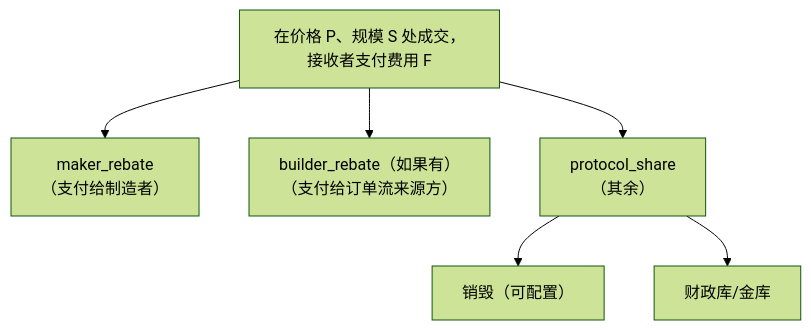
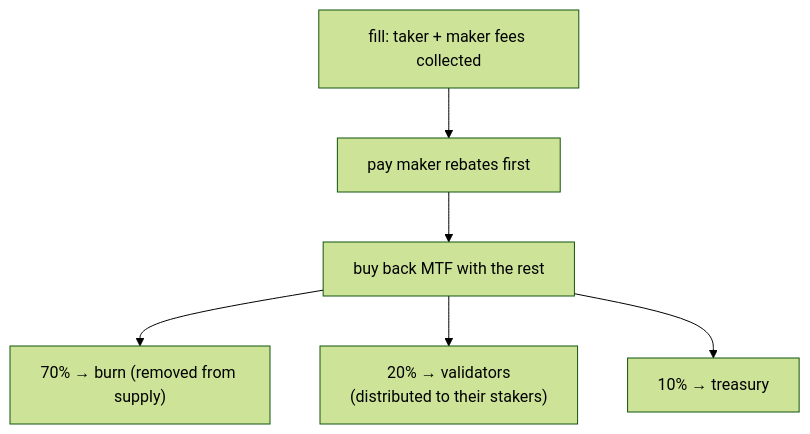
Before and after one commit to mtf-exchange/metaflux-knowledges: the diagram in i18n/zh-Hans/docusaurus-plugin-content-docs/current/concepts/fees.md, drawn with Mermaid (forest theme). The commit also changed other lines of this file and 4 other files, not shown here.

````diff
--- a/i18n/zh-Hans/docusaurus-plugin-content-docs/current/concepts/fees.md
+++ b/i18n/zh-Hans/docusaurus-plugin-content-docs/current/concepts/fees.md
@@ -37,15 +50,15 @@
 ```mermaid
 flowchart TD
-    fill["在价格 P、规模 S 处成交，接收者支付费用 F"]
-    maker["maker_rebate<br/>（支付给制造者）"]
-    builder["builder_rebate（如果有）<br/>（支付给订单流来源方）"]
-    protocol["protocol_share<br/>（其余）"]
-    burn["销毁（可配置）"]
-    treasury["财政库/金库"]
+    fill["fill: taker + maker fees collected"]
+    rebate["pay maker rebates first"]
+    buyback["buy back MTF with the rest"]
+    burn["70% → burn (removed from supply)"]
+    validators["20% → validators<br/>(distributed to their stakers)"]
+    treasury["10% → treasury"]
 
-    fill --> maker
-    fill --> builder
-    fill --> protocol
-    protocol --> burn
-    protocol --> treasury
+    fill --> rebate
+    rebate --> buyback
+    buyback --> burn
+    buyback --> validators
+    buyback --> treasury
 ```
````
